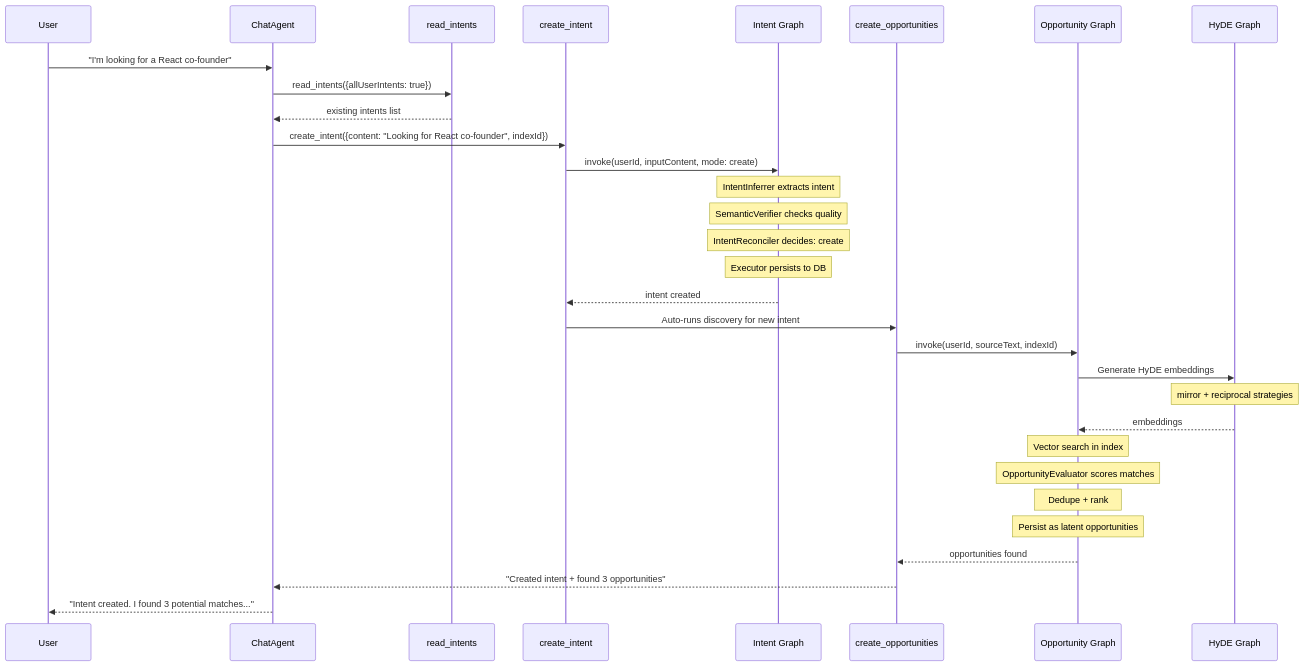
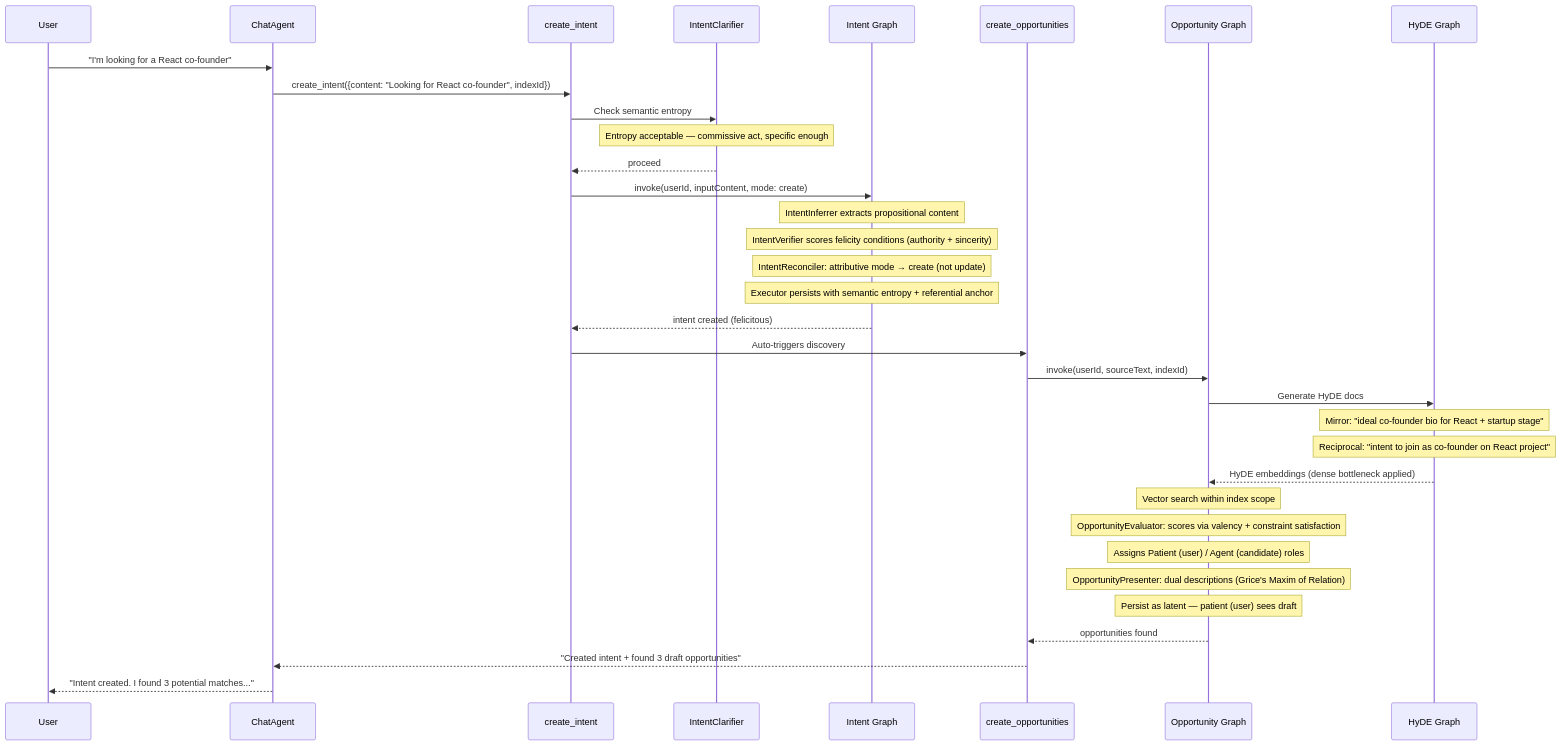
The fourth of 5 diagrams in packages/protocol/src/README.md (yanekyuk/index), drawn with Mermaid before and after one commit. The commit also changed other lines of this file, not shown here.

Commit message:
docs: update src/README with complete agent/tool tables and academic terminology

````diff
--- a/packages/protocol/src/README.md
+++ b/packages/protocol/src/README.md
@@ -156,35 +203,43 @@
 ```mermaid
 sequenceDiagram
     participant User
     participant Agent as ChatAgent
-    participant RI as read_intents
     participant CI as create_intent
+    participant IC as IntentClarifier
     participant IG as Intent Graph
     participant CO as create_opportunities
     participant OG as Opportunity Graph
     participant HG as HyDE Graph
 
     User->>Agent: "I'm looking for a React co-founder"
-    Agent->>RI: read_intents({allUserIntents: true})
-    RI-->>Agent: existing intents list
+    Agent->>CI: create_intent({content: "Looking for React co-founder", indexId})
 
-    Agent->>CI: create_intent({content: "Looking for React co-founder", indexId})
+    CI->>IC: Check semantic entropy
+    Note over IC: Entropy acceptable — commissive act, specific enough
+    IC-->>CI: proceed
+
     CI->>IG: invoke(userId, inputContent, mode: create)
-    Note over IG: IntentInferrer extracts intent
-    Note over IG: SemanticVerifier checks quality
-    Note over IG: IntentReconciler decides: create
-    Note over IG: Executor persists to DB
-    IG-->>CI: intent created
-    CI->>CO: Auto-runs discovery for new intent
+    Note over IG: IntentInferrer extracts propositional content
+    Note over IG: IntentVerifier scores felicity conditions (authority + sincerity)
+    Note over IG: IntentReconciler: attributive mode → create (not update)
+    Note over IG: Executor persists with semantic entropy + referential anchor
+
+    IG-->>CI: intent created (felicitous)
+    CI->>CO: Auto-triggers discovery
     CO->>OG: invoke(userId, sourceText, indexId)
-    OG->>HG: Generate HyDE embeddings
-    Note over HG: mirror + reciprocal strategies
-    HG-->>OG: embeddings
-    Note over OG: Vector search in index
-    Note over OG: OpportunityEvaluator scores matches
-    Note over OG: Dedupe + rank
-    Note over OG: Persist as latent opportunities
+
+    OG->>HG: Generate HyDE docs
+    Note over HG: Mirror: "ideal co-founder bio for React + startup stage"
+    Note over HG: Reciprocal: "intent to join as co-founder on React project"
+    HG-->>OG: HyDE embeddings (dense bottleneck applied)
+
+    Note over OG: Vector search within index scope
+    Note over OG: OpportunityEvaluator: scores via valency + constraint satisfaction
+    Note over OG: Assigns Patient (user) / Agent (candidate) roles
+    Note over OG: OpportunityPresenter: dual descriptions (Grice's Maxim of Relation)
+    Note over OG: Persist as latent — patient (user) sees draft
+
     OG-->>CO: opportunities found
-    CO-->>Agent: "Created intent + found 3 opportunities"
+    CO-->>Agent: "Created intent + found 3 draft opportunities"
     Agent-->>User: "Intent created. I found 3 potential matches..."
 ```
````
